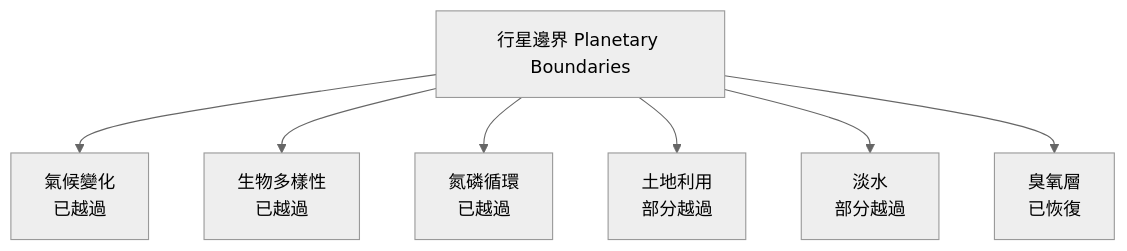
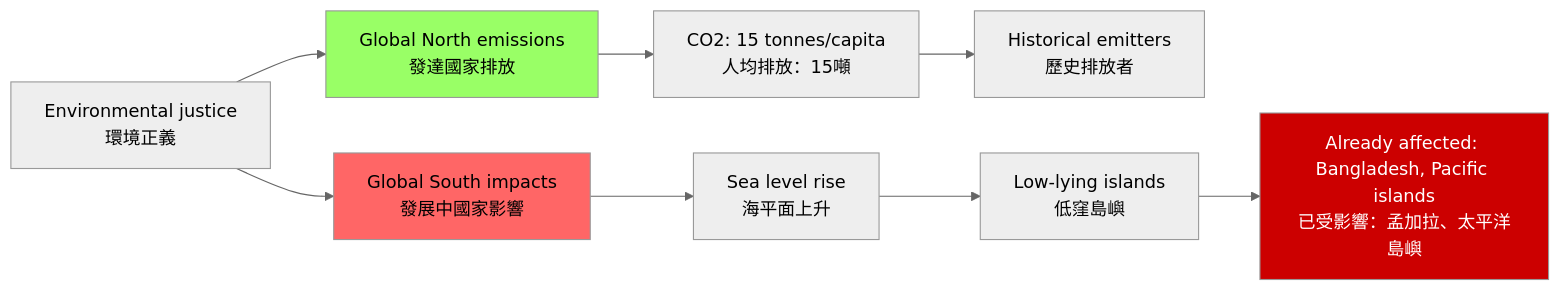
Before and after one commit to yip-lgtm/HKU-Harvard-History-Self-Study: the third of 3 diagrams in 01_HKU_Courses/HIST2215_Global_Environmental_History.md, drawn with Mermaid (neutral theme). The commit also changed other lines of this file and 25 other files, not shown here.

````diff
--- a/01_HKU_Courses/HIST2215_Global_Environmental_History.md
+++ b/01_HKU_Courses/HIST2215_Global_Environmental_History.md
@@ -375,9 +104,16 @@
 ```mermaid
-flowchart TD
-    A[行星邊界 Planetary Boundaries] --> B[氣候變化<br/>已越過]
-    A --> C[生物多樣性<br/>已越過]
-    A --> D[氮磷循環<br/>已越過]
-    A --> E[土地利用<br/>部分越過]
-    A --> F[淡水<br/>部分越過]
-    A --> G[臭氧層<br/>已恢復]
+graph LR
+    A[Environmental justice<br/>環境正義] --> B[Global North emissions<br/>發達國家排放]
+    A --> C[Global South impacts<br/>發展中國家影響]
+    
+    B --> B1[CO2: 15 tonnes/capita<br/>人均排放：15噸]
+    B1 --> B2[Historical emitters<br/>歷史排放者]
+    
+    C --> C1[Sea level rise<br/>海平面上升]
+    C1 --> C2[Low-lying islands<br/>低窪島嶼]
+    C2 --> C3[Already affected: Bangladesh, Pacific islands<br/>已受影響：孟加拉、太平洋島嶼]
+    
+    style B fill:#9f6
+    style C fill:#f66
+    style C3 fill:#c00,color:#fff
 ```
````
